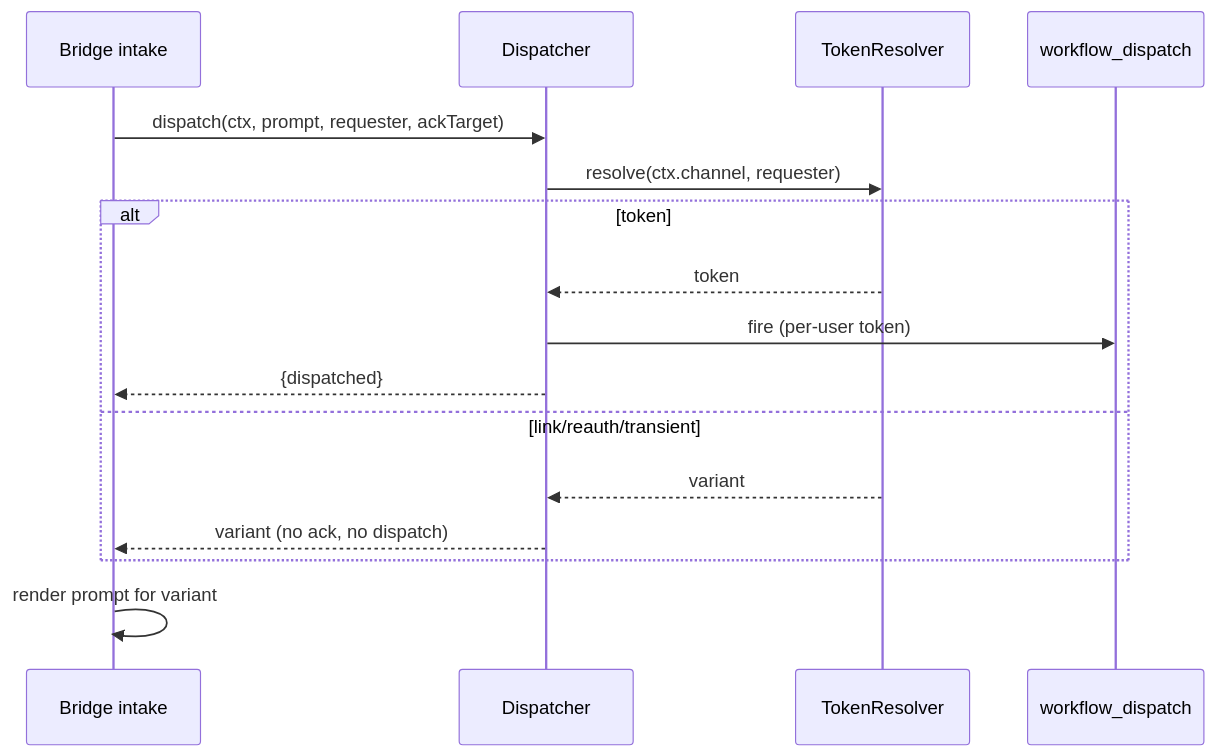
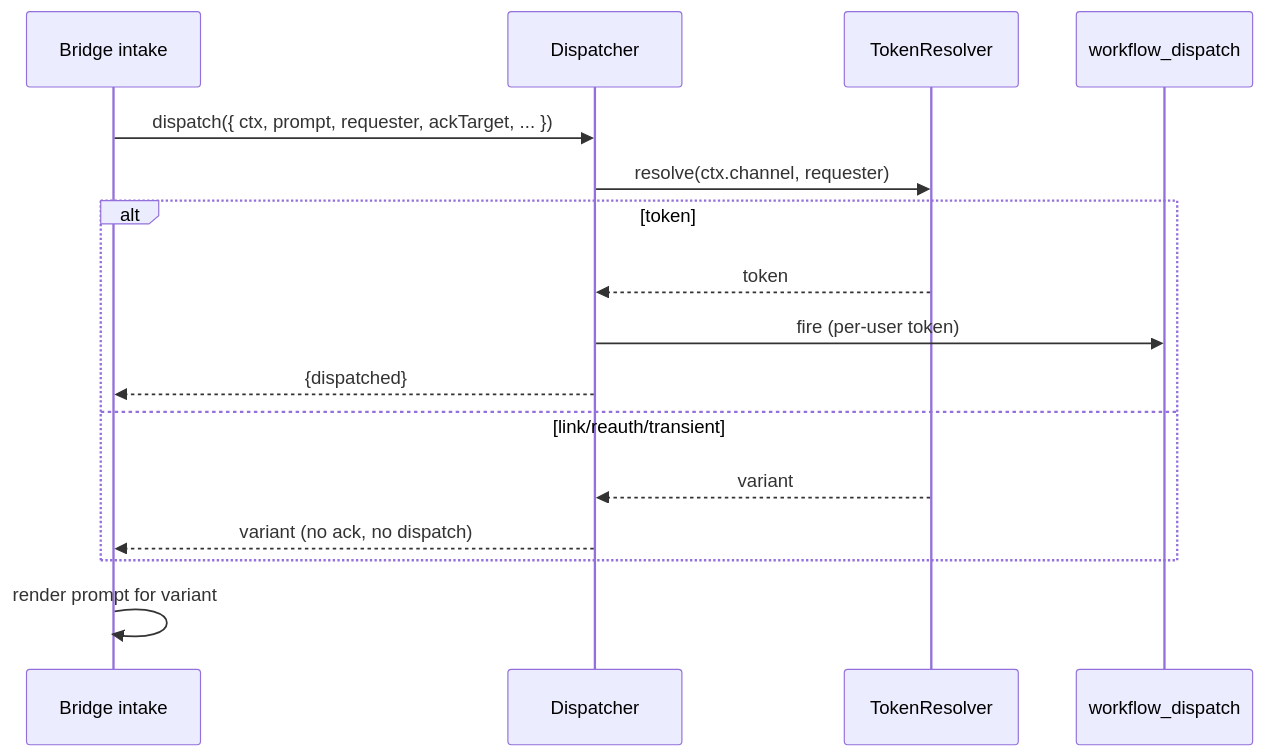
One commit to forwardimpact/monorepo changed the second of 2 diagrams in specs/1340-bridges-per-user-dispatch-auth/design-a.md. Above: the diagram before and after it, drawn with Mermaid. The commit also changed other lines of this file and 1 other file, not shown here.

````diff
--- a/specs/1340-bridges-per-user-dispatch-auth/design-a.md
+++ b/specs/1340-bridges-per-user-dispatch-auth/design-a.md
@@ -75,18 +79,18 @@
 ```mermaid
 sequenceDiagram
   participant H as Bridge intake
   participant D as Dispatcher
   participant T as TokenResolver
   participant W as workflow_dispatch
-  H->>D: dispatch(ctx, prompt, requester, ackTarget)
+  H->>D: dispatch({ ctx, prompt, requester, ackTarget, ... })
   D->>T: resolve(ctx.channel, requester)
   alt token
     T-->>D: token
     D->>W: fire (per-user token)
     D-->>H: {dispatched}
   else link/reauth/transient
     T-->>D: variant
     D-->>H: variant (no ack, no dispatch)
   end
   H->>H: render prompt for variant
 ```
````
